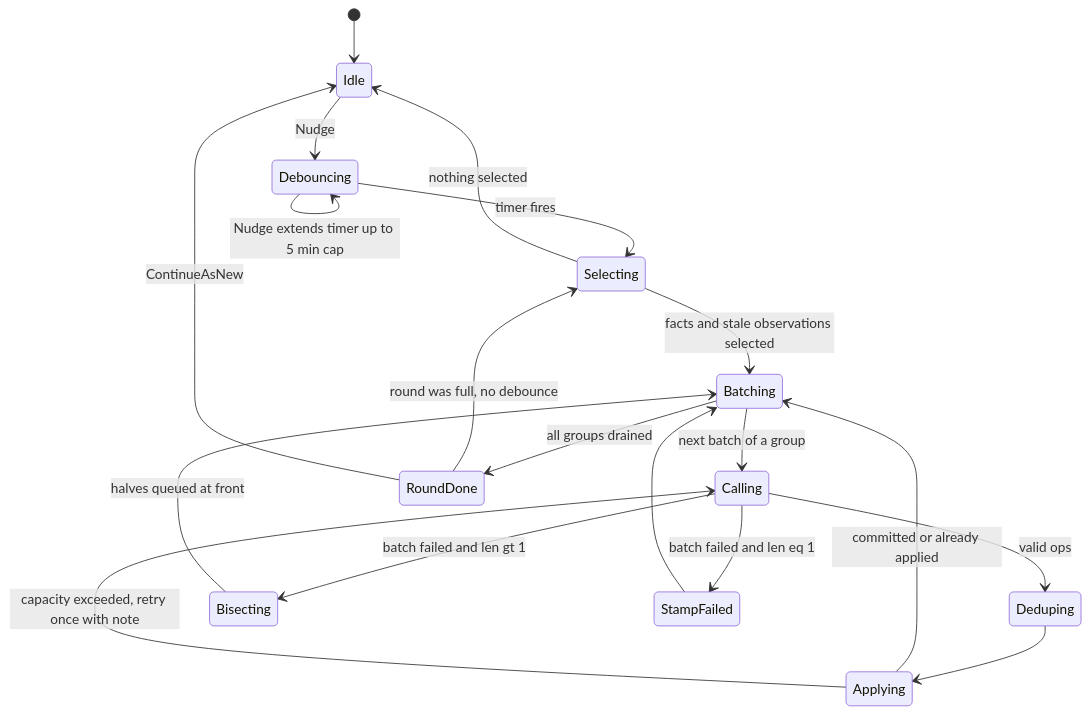
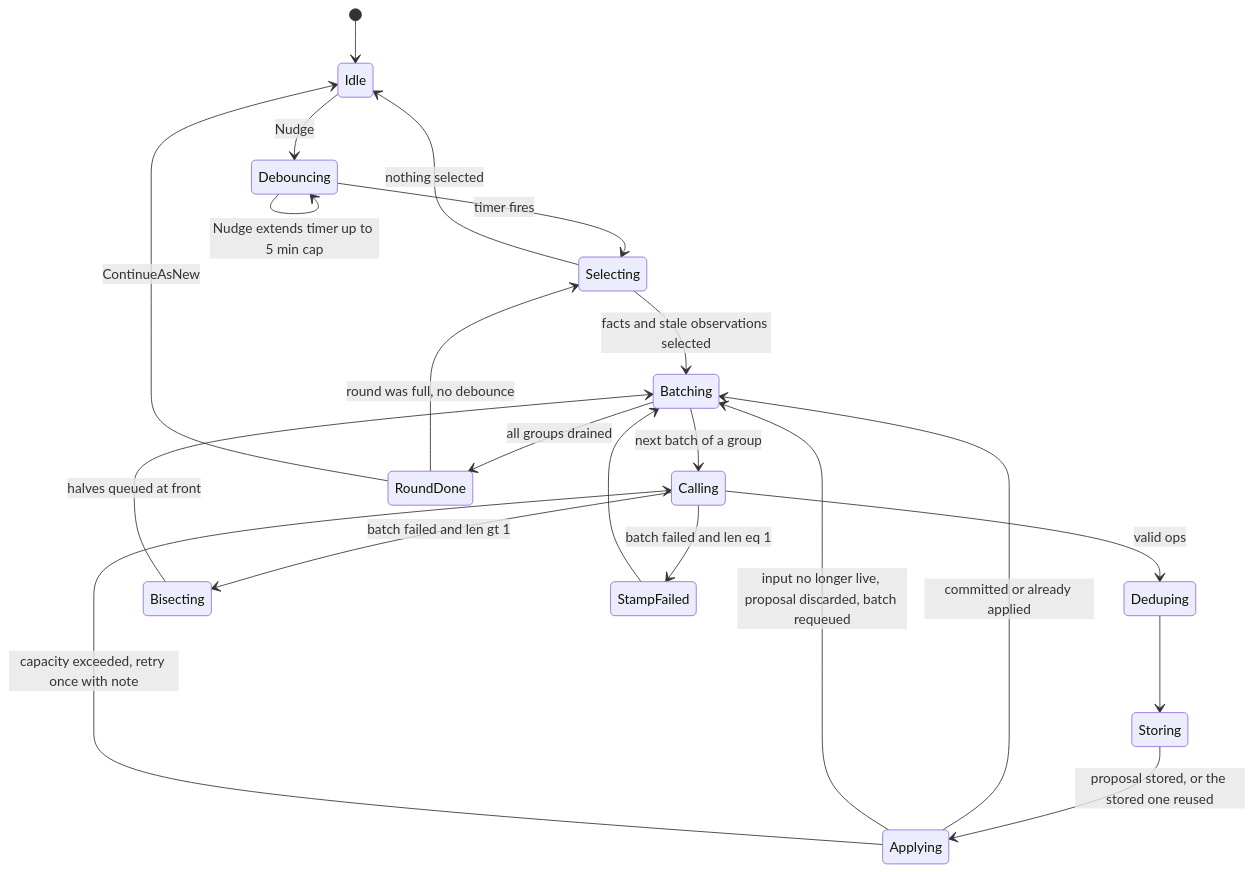
Before and after one commit to gstamatakis95/agent-memory-benchmark: the second of 6 diagrams in plans/engram/sections/05-pipelines.md, drawn with Mermaid. The commit also changed other lines of this file, not shown here.

````diff
--- a/plans/engram/sections/05-pipelines.md
+++ b/plans/engram/sections/05-pipelines.md
@@ -637,21 +721,23 @@
 ```mermaid
 stateDiagram-v2
   [*] --> Idle
   Idle --> Debouncing: Nudge
   Debouncing --> Debouncing: Nudge extends timer up to 5 min cap
   Debouncing --> Selecting: timer fires
   Selecting --> Idle: nothing selected
   Selecting --> Batching: facts and stale observations selected
   Batching --> Calling: next batch of a group
   Calling --> Deduping: valid ops
   Calling --> Bisecting: batch failed and len gt 1
   Calling --> StampFailed: batch failed and len eq 1
   Bisecting --> Batching: halves queued at front
   StampFailed --> Batching
-  Deduping --> Applying
+  Deduping --> Storing
+  Storing --> Applying: proposal stored, or the stored one reused
   Applying --> Batching: committed or already applied
+  Applying --> Batching: input no longer live, proposal discarded, batch requeued
   Applying --> Calling: capacity exceeded, retry once with note
   Batching --> RoundDone: all groups drained
   RoundDone --> Selecting: round was full, no debounce
   RoundDone --> Idle: ContinueAsNew
 ```
````
